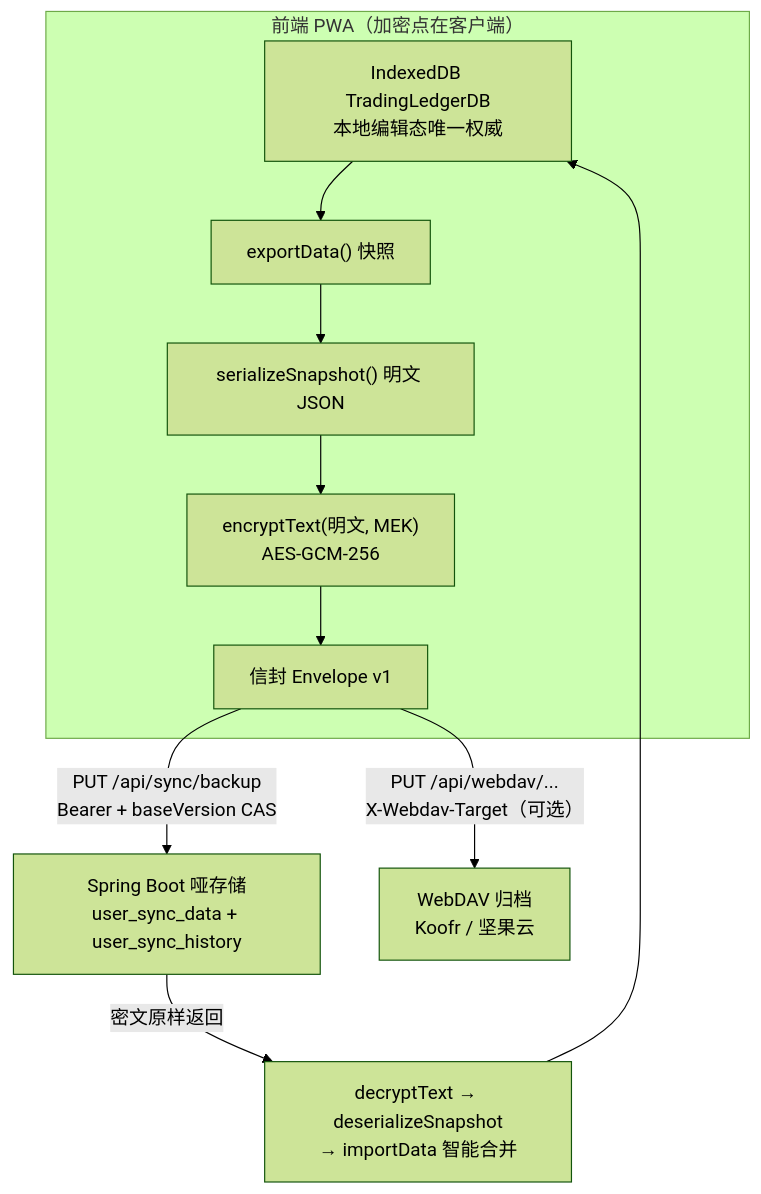
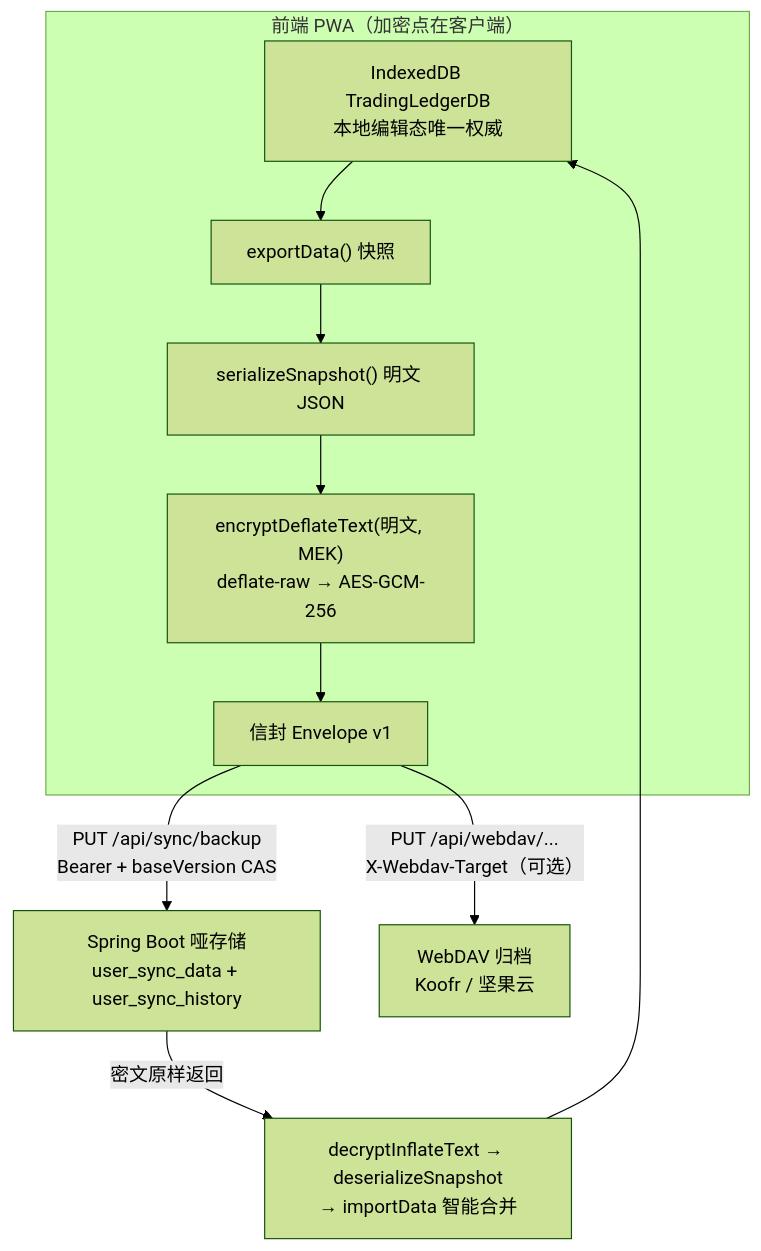
The first of 3 diagrams in docs/server-sync-spec.md (loveheng/stock-calculator), drawn with Mermaid (forest theme) before and after one commit. The commit also changed other lines of this file and 5 other files, not shown here.

````diff
--- a/docs/server-sync-spec.md
+++ b/docs/server-sync-spec.md
@@ -64,13 +64,13 @@
 ```mermaid
 flowchart TD
     subgraph FE["前端 PWA（加密点在客户端）"]
         A["IndexedDB TradingLedgerDB<br/>本地编辑态唯一权威"] --> B["exportData() 快照"]
         B --> C["serializeSnapshot() 明文 JSON"]
-        C --> D["encryptText(明文, MEK)<br/>AES-GCM-256"]
+        C --> D["encryptDeflateText(明文, MEK)<br/>deflate-raw → AES-GCM-256"]
         D --> E["信封 Envelope v1"]
     end
     E -->|"PUT /api/sync/backup<br/>Bearer + baseVersion CAS"| S["Spring Boot 哑存储<br/>user_sync_data + user_sync_history"]
     E -->|"PUT /api/webdav/...<br/>X-Webdav-Target（可选）"| W["WebDAV 归档<br/>Koofr / 坚果云"]
-    S -->|"密文原样返回"| R["decryptText → deserializeSnapshot<br/>→ importData 智能合并"]
+    S -->|"密文原样返回"| R["decryptInflateText → deserializeSnapshot<br/>→ importData 智能合并"]
     R --> A
 ```
````
